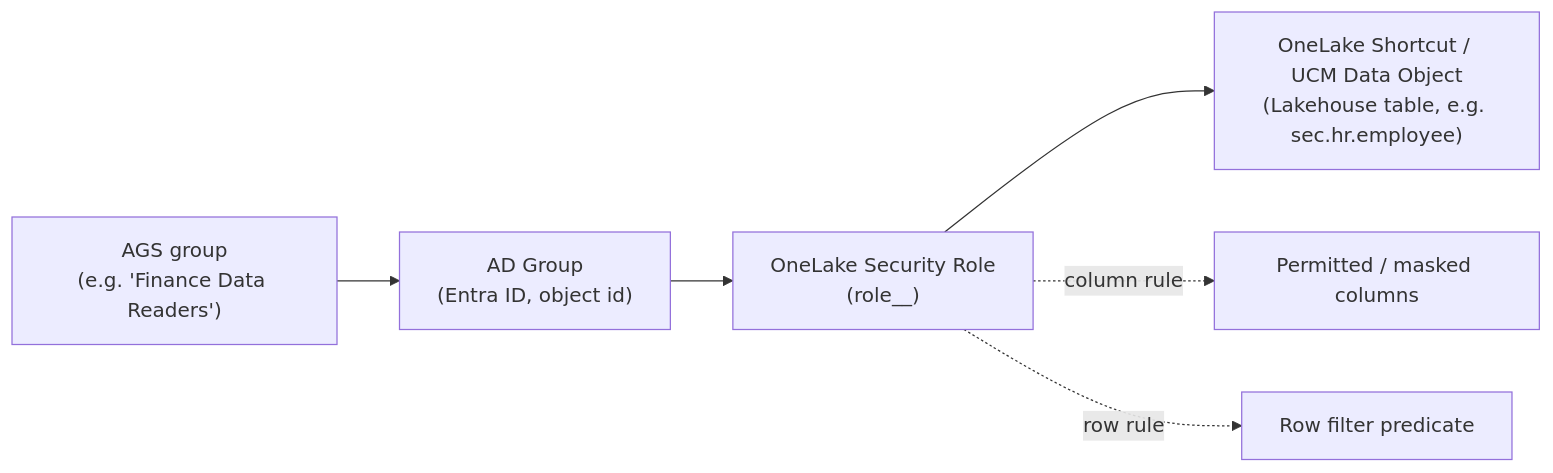
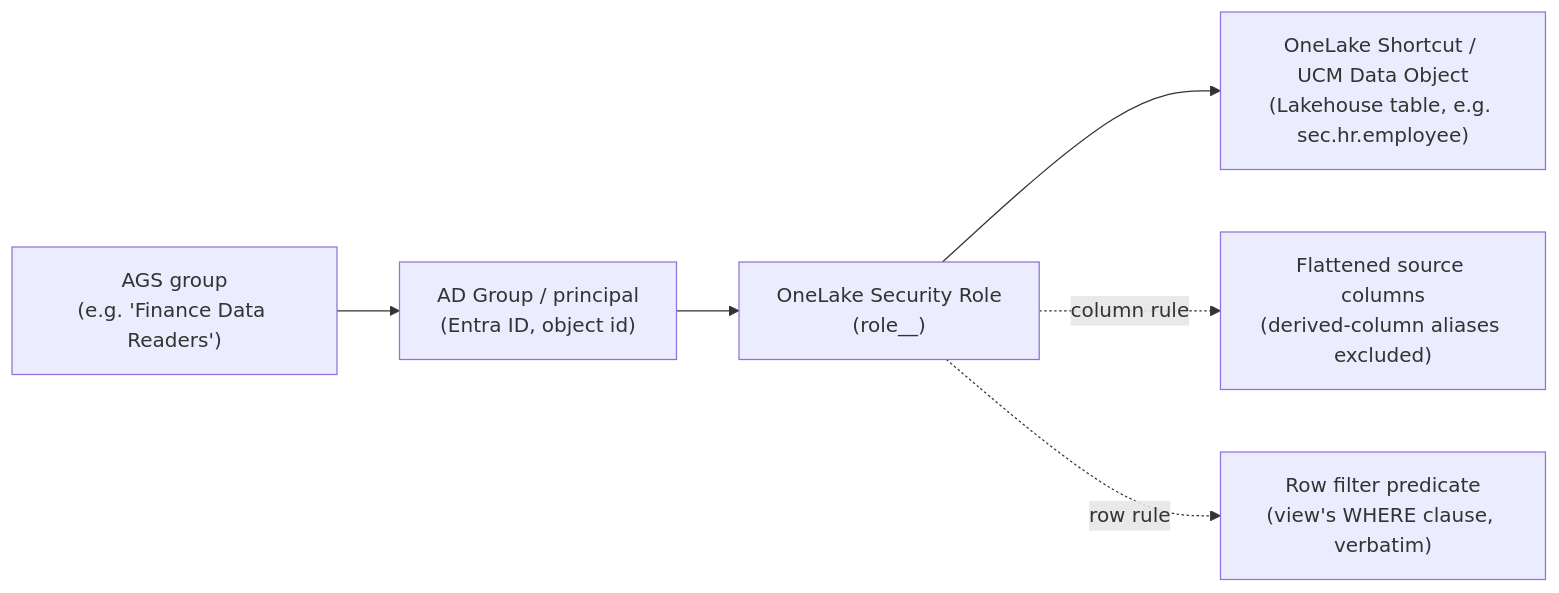
One commit to hariallaka/ADB-Fabric-Sec-Mig changed the second of 3 diagrams in docs/architecture.md. Above: the diagram before and after it, drawn with Mermaid. The commit also changed other lines of this file and 28 other files, not shown here.

````diff
--- a/docs/architecture.md
+++ b/docs/architecture.md
@@ -20,8 +28,8 @@
 ```mermaid
 flowchart LR
-    AGS["AGS group\n(e.g. 'Finance Data Readers')"] --> ADG["AD Group\n(Entra ID, object id)"]
-    ADG --> ROLE["OneLake Security Role\n(role_<table>_<group>)"]
+    AGS["AGS group\n(e.g. 'Finance Data Readers')"] --> ADG["AD Group / principal\n(Entra ID, object id)"]
+    ADG --> ROLE["OneLake Security Role\n(role_<table>_<principal>)"]
     ROLE --> OBJ["OneLake Shortcut / UCM Data Object\n(Lakehouse table, e.g. sec.hr.employee)"]
-    ROLE -.column rule.-> COL["Permitted / masked columns"]
-    ROLE -.row rule.-> ROW["Row filter predicate"]
+    ROLE -.column rule.-> COL["Flattened source columns\n(derived-column aliases excluded)"]
+    ROLE -.row rule.-> ROW["Row filter predicate\n(view's WHERE clause, verbatim)"]
 ```
````
